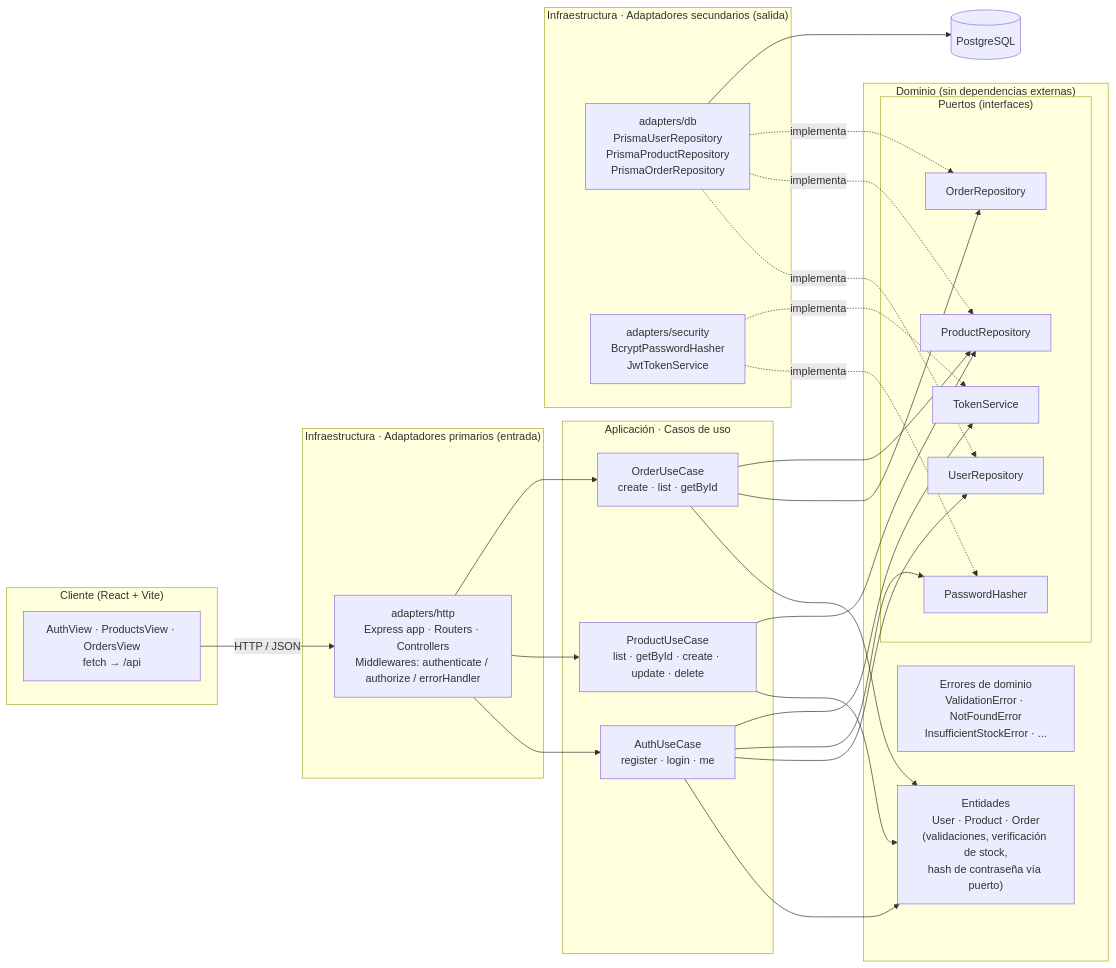
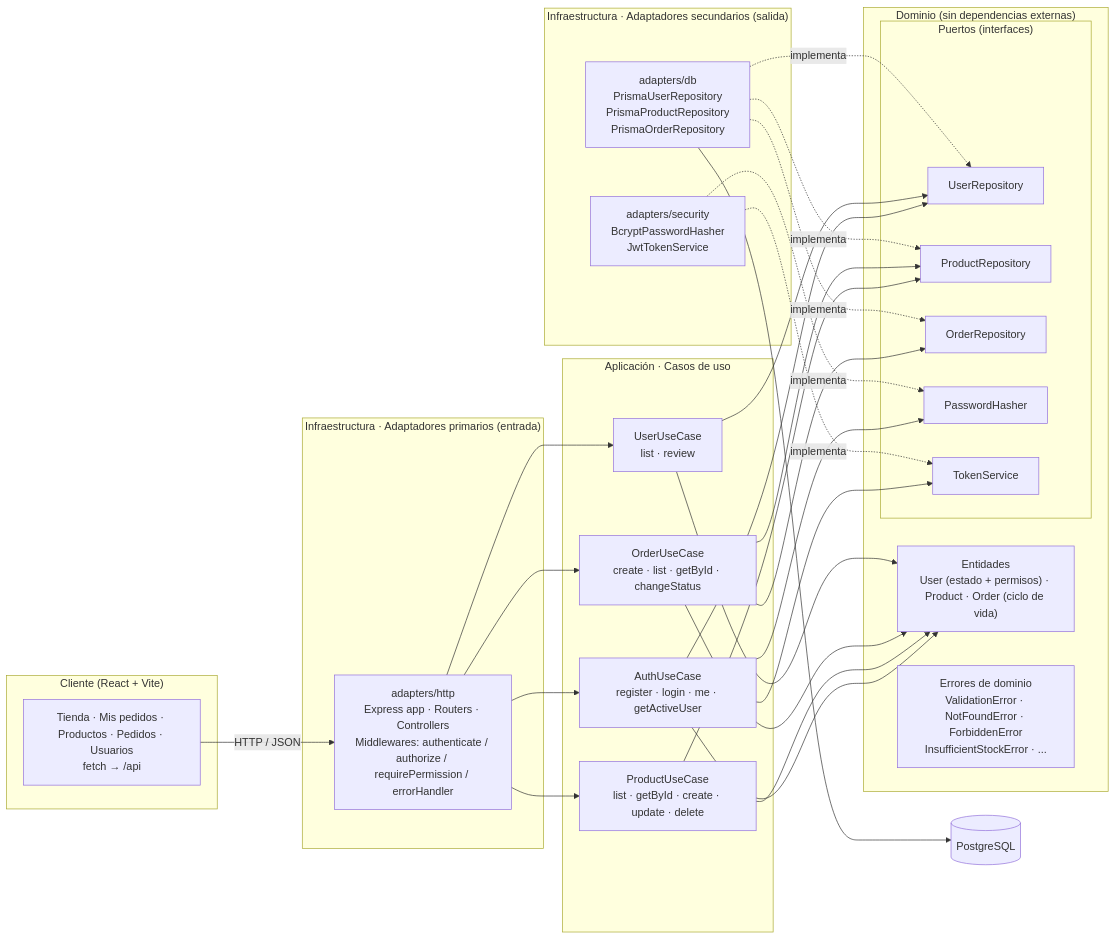
One commit to Rorre12/ecommerce-practica changed the diagram in README.md. Above: the diagram before and after it, drawn with Mermaid. The commit also changed other lines of this file and 57 other files, not shown here.

First line of the commit message:
feat: tienda de materiales con permisos por usuario, estados de pedido y rediseño visual

````diff
--- a/README.md
+++ b/README.md
@@ -26,45 +30,47 @@
 ```mermaid
 flowchart LR
     subgraph CLIENT["Cliente (React + Vite)"]
-        UI["AuthView · ProductsView · OrdersView<br/>fetch → /api"]
+        UI["Tienda · Mis pedidos · Productos · Pedidos · Usuarios<br/>fetch → /api"]
     end
 
     subgraph INFRA_IN["Infraestructura · Adaptadores primarios (entrada)"]
-        HTTP["adapters/http<br/>Express app · Routers · Controllers<br/>Middlewares: authenticate / authorize / errorHandler"]
+        HTTP["adapters/http<br/>Express app · Routers · Controllers<br/>Middlewares: authenticate / authorize / requirePermission / errorHandler"]
     end
 
     subgraph APP["Aplicación · Casos de uso"]
-        AUTH_UC["AuthUseCase<br/>register · login · me"]
+        AUTH_UC["AuthUseCase<br/>register · login · me · getActiveUser"]
         PROD_UC["ProductUseCase<br/>list · getById · create · update · delete"]
-        ORD_UC["OrderUseCase<br/>create · list · getById"]
+        ORD_UC["OrderUseCase<br/>create · list · getById · changeStatus"]
+        USR_UC["UserUseCase<br/>list · review"]
     end
 
     subgraph DOMAIN["Dominio (sin dependencias externas)"]
-        ENT["Entidades<br/>User · Product · Order<br/>(validaciones, verificación de stock,<br/>hash de contraseña vía puerto)"]
-        ERR["Errores de dominio<br/>ValidationError · NotFoundError<br/>InsufficientStockError · ..."]
+        ENT["Entidades<br/>User (estado + permisos) · Product · Order (ciclo de vida)"]
+        ERR["Errores de dominio<br/>ValidationError · NotFoundError · ForbiddenError<br/>InsufficientStockError · ..."]
         subgraph PORTS["Puertos (interfaces)"]
             P_USER["UserRepository"]
             P_PROD["ProductRepository"]
             P_ORD["OrderRepository"]
             P_HASH["PasswordHasher"]
             P_TOKEN["TokenService"]
         end
     end
 
     subgraph INFRA_OUT["Infraestructura · Adaptadores secundarios (salida)"]
         DB["adapters/db<br/>PrismaUserRepository<br/>PrismaProductRepository<br/>PrismaOrderRepository"]
         SEC["adapters/security<br/>BcryptPasswordHasher<br/>JwtTokenService"]
     end
 
     PG[("PostgreSQL")]
 
     UI -- "HTTP / JSON" --> HTTP
-    HTTP --> AUTH_UC & PROD_UC & ORD_UC
-    AUTH_UC & PROD_UC & ORD_UC --> ENT
+    HTTP --> AUTH_UC & PROD_UC & ORD_UC & USR_UC
+    AUTH_UC & PROD_UC & ORD_UC & USR_UC --> ENT
     AUTH_UC --> P_USER & P_HASH & P_TOKEN
+    USR_UC --> P_USER
     PROD_UC --> P_PROD
     ORD_UC --> P_ORD & P_PROD
     DB -. implementa .-> P_USER & P_PROD & P_ORD
     SEC -. implementa .-> P_HASH & P_TOKEN
     DB --> PG
 ```
````
